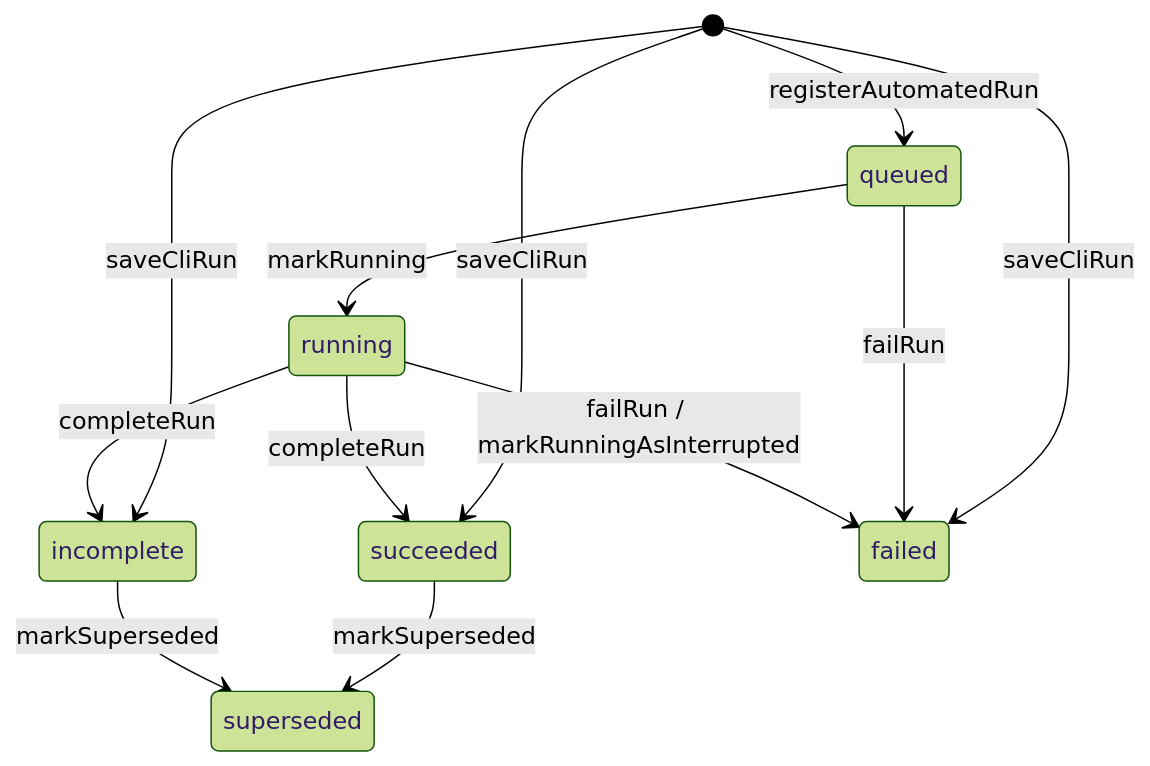
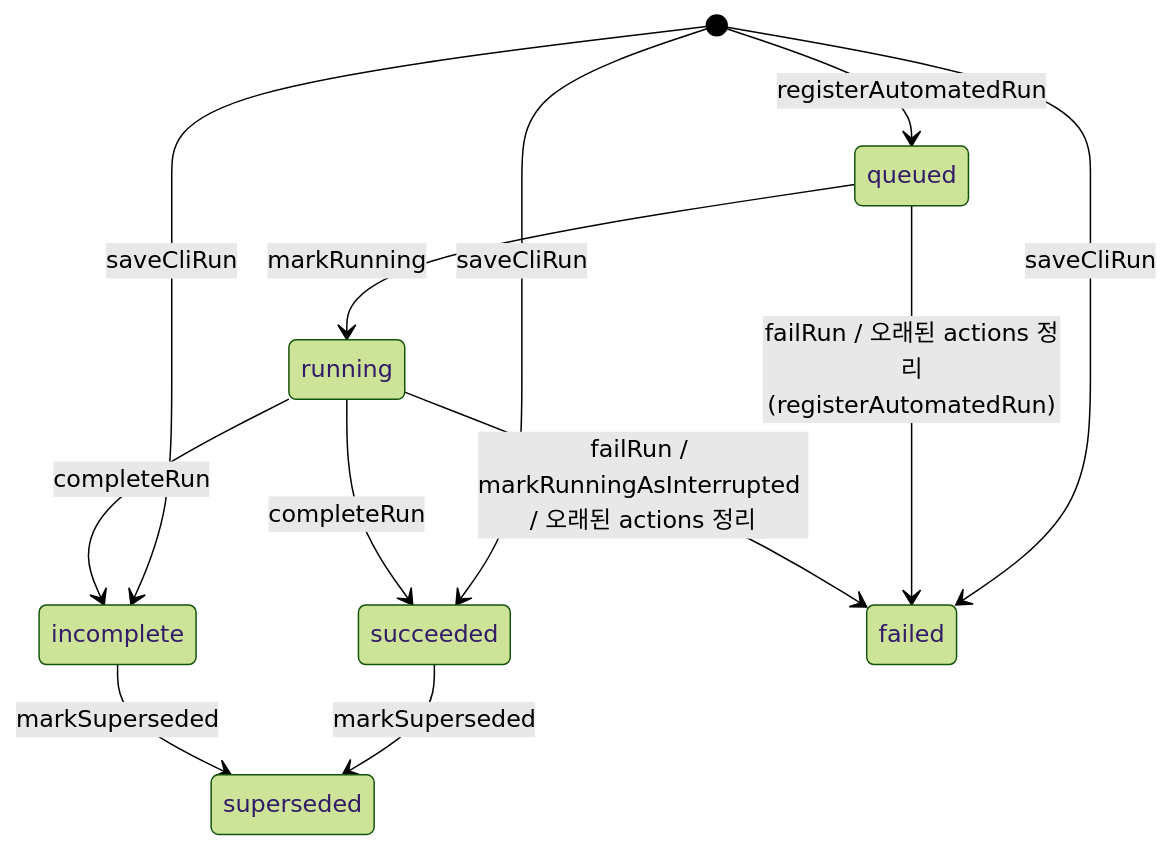
Before and after one commit to jjangyeesoo/claude-team-pr-lens: the seventh of 7 diagrams in docs/specs/pr-lens-p2-automation/design.md, drawn with Mermaid (forest theme). The commit also changed other lines of this file and 9 other files, not shown here.

````diff
--- a/docs/specs/pr-lens-p2-automation/design.md
+++ b/docs/specs/pr-lens-p2-automation/design.md
@@ -1227,14 +1322,14 @@
 ```mermaid
 stateDiagram-v2
   [*] --> queued: registerAutomatedRun
   [*] --> succeeded: saveCliRun
   [*] --> incomplete: saveCliRun
   [*] --> failed: saveCliRun
   queued --> running: markRunning
-  queued --> failed: failRun
+  queued --> failed: failRun / 오래된 actions 정리(registerAutomatedRun)
   running --> succeeded: completeRun
   running --> incomplete: completeRun
-  running --> failed: failRun / markRunningAsInterrupted
+  running --> failed: failRun / markRunningAsInterrupted / 오래된 actions 정리
   succeeded --> superseded: markSuperseded
   incomplete --> superseded: markSuperseded
 ```
````
